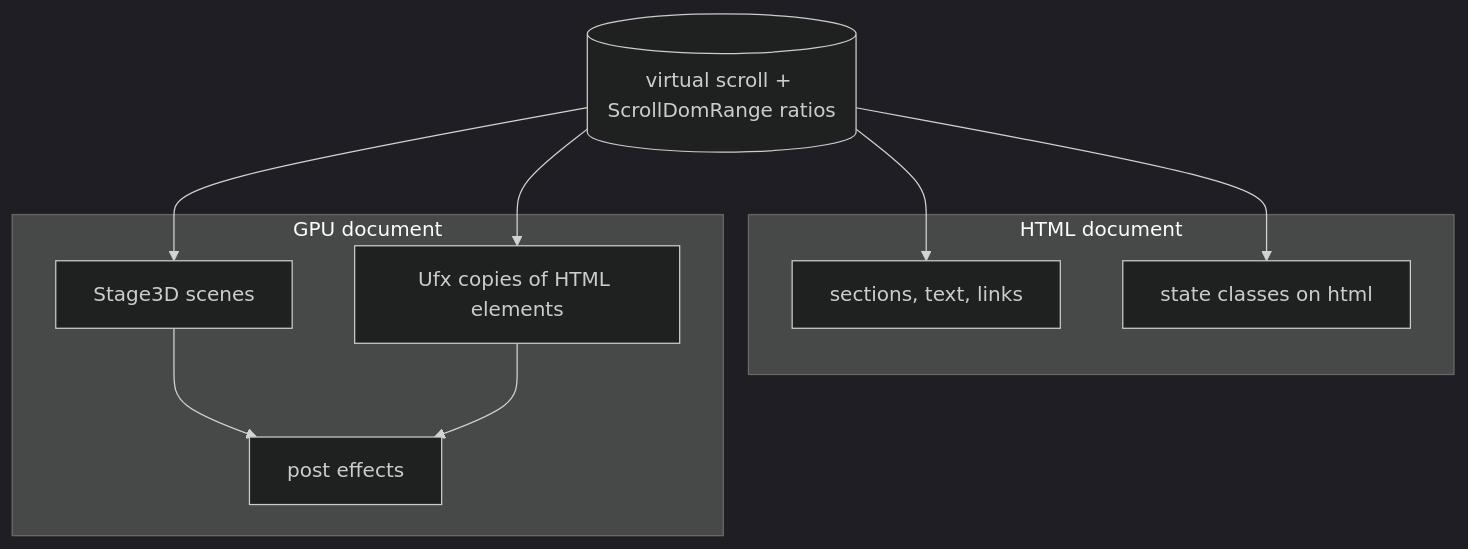
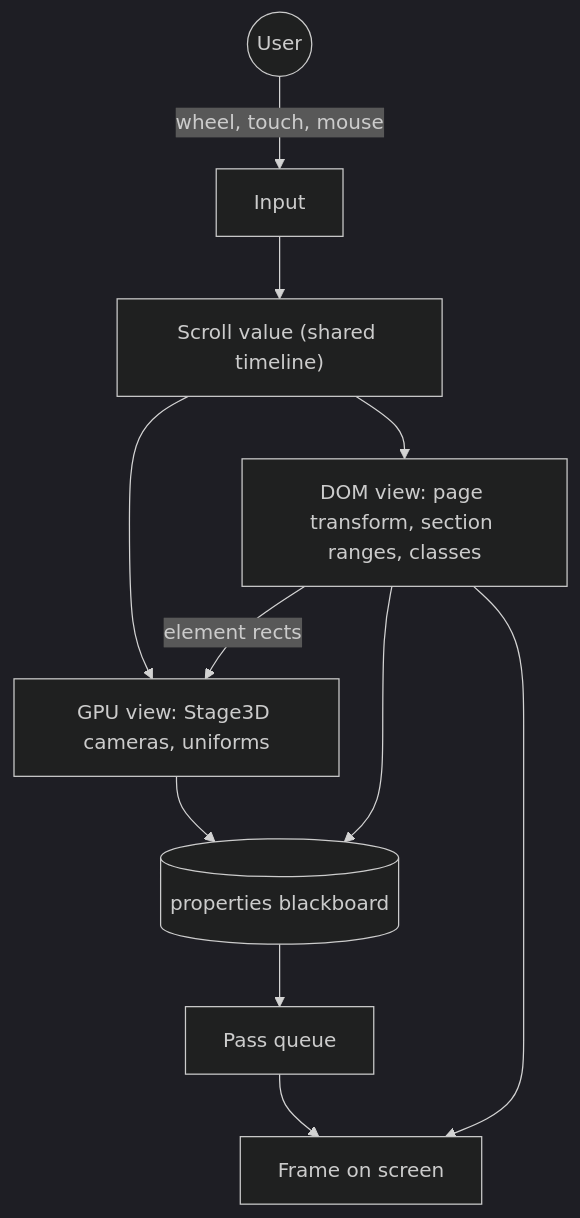
One commit to shifatmasud/lusion-decoded changed the fifth of 6 diagrams in handbook/11_system_architecture_plan_and_conceptual_model.md. Above: the diagram before and after it, drawn with Mermaid (dark theme). The commit also changed other lines of this file and 25 other files, not shown here.

````diff
--- a/handbook/11_system_architecture_plan_and_conceptual_model.md
+++ b/handbook/11_system_architecture_plan_and_conceptual_model.md
@@ -198,19 +214,12 @@
 ```mermaid
 flowchart TB
-  subgraph HTML["HTML document"]
-    H1["sections, text, links"]
-    H2["state classes on html"]
-  end
-  subgraph GPU["GPU document"]
-    G1["Stage3D scenes"]
-    G2["Ufx copies of HTML elements"]
-    G3["post effects"]
-  end
-  SC[("virtual scroll + ScrollDomRange ratios")]
-  SC --> H1
-  SC --> H2
-  SC --> G1
-  SC --> G2
-  G1 --> G3
-  G2 --> G3
+  U(("User")) -->|"wheel, touch, mouse"| IN[Input]
+  IN --> SC["Scroll value (shared timeline)"]
+  SC --> DOM["DOM view: page transform, section ranges, classes"]
+  SC --> GPU["GPU view: Stage3D cameras, uniforms"]
+  DOM -->|"element rects"| GPU
+  GPU --> BB[("properties blackboard")]
+  DOM --> BB
+  BB --> POST["Pass queue"] --> FRAME["Frame on screen"]
+  DOM --> FRAME
 ```
````
